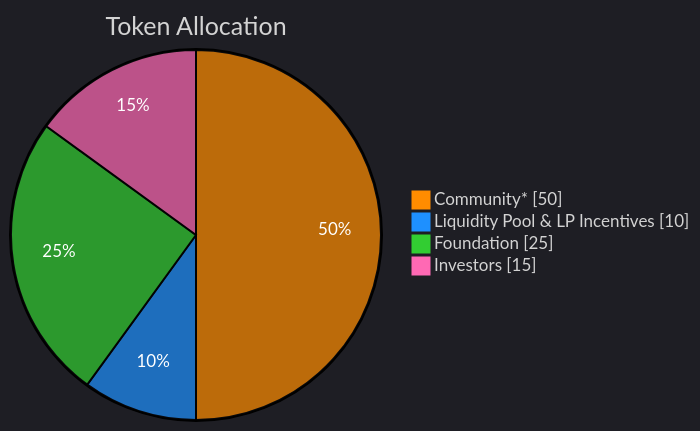
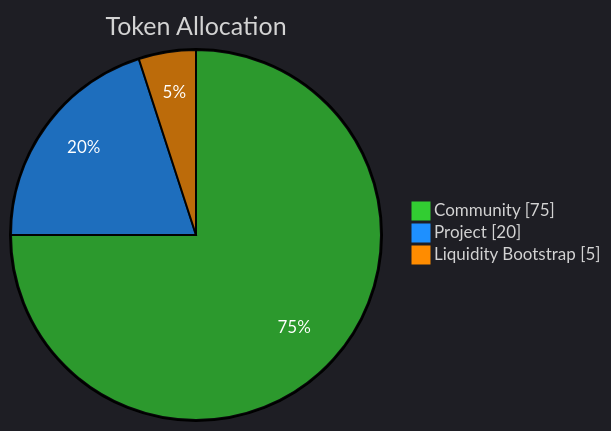
The diagram in docs/boring.mdx (superfluid-finance/superboring-docs), drawn with Mermaid before and after one commit. The commit also changed other lines of this file and 5 other files, not shown here.

````diff
--- a/docs/boring.mdx
+++ b/docs/boring.mdx
@@ -47,21 +44,19 @@
 ```mermaid
 %%{init: {
   'theme': 'dark',
   'themeVariables': {
-    'pie1': '#FF8C00',
+    'pie1': '#32CD32',
     'pie2': '#1E90FF',
-    'pie3': '#32CD32',
-    'pie4': '#FF69B4',
+    'pie3': '#FF8C00',
     'primaryTextColor': '#F0F0F0',
     'secondaryTextColor': '#E0E0E0',
     'tertiaryTextColor': '#D0D0D0',
     'textColor': '#FFFFFF'
   }
 }}%%
 pie showData
     title Token Allocation
-    "Community*" : 50
-    "Liquidity Pool & LP Incentives" : 10
-    "Foundation" : 25
-    "Investors" : 15
+    "Community" : 75
+    "Project" : 20
+    "Liquidity Bootstrap" : 5
 ```
````
